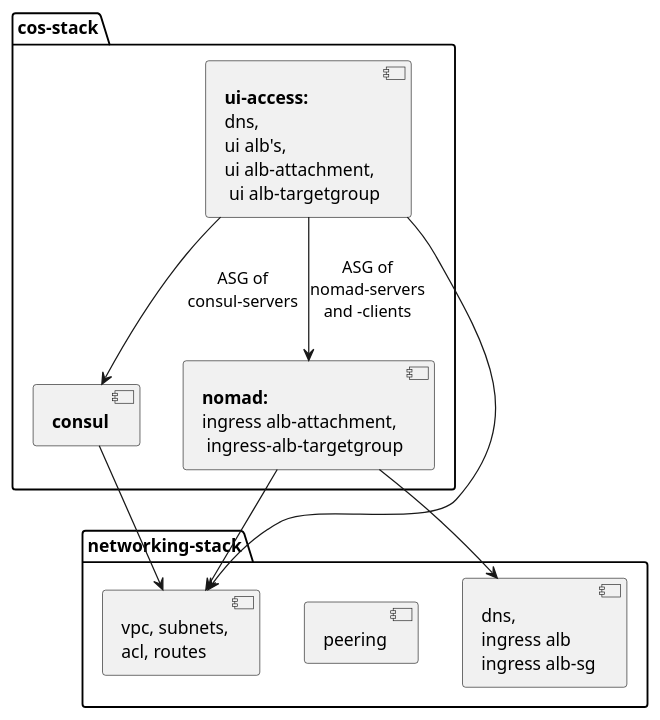
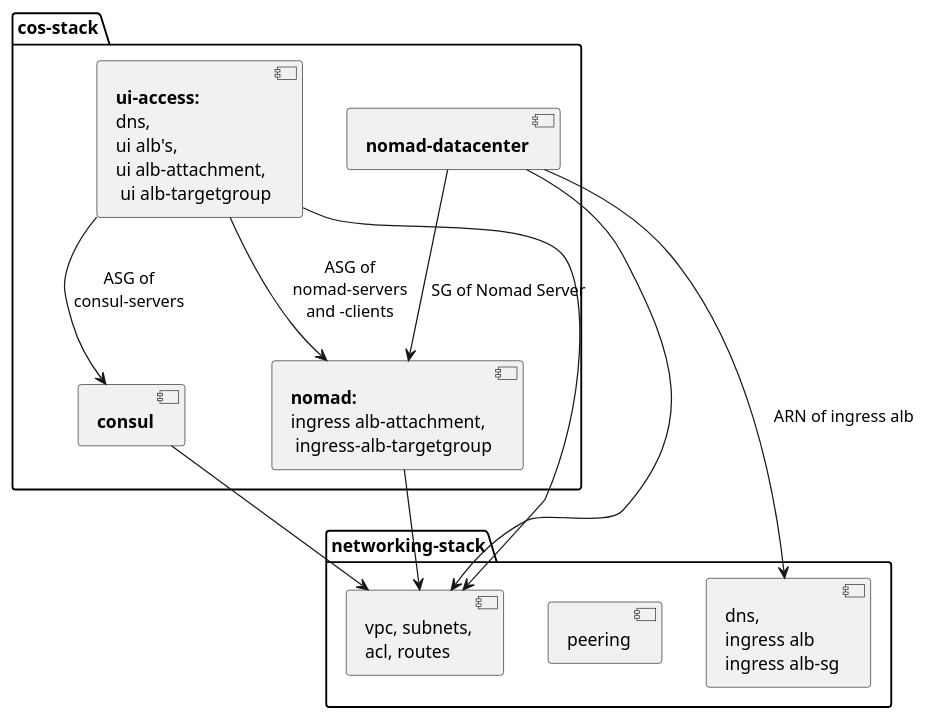
Before and after one commit to MatthiasScholz/cos: the diagram in _docs/module-dependencies.plantuml, drawn with PlantUML. The commit also changed 1 other file, not shown here.

```diff
--- a/_docs/module-dependencies.plantuml
+++ b/_docs/module-dependencies.plantuml
@@ -1,22 +1,25 @@
 @startuml
 
 package "networking-stack"{
   [vpc, subnets,\nacl, routes] as BNW
   [peering]
   [dns,\ningress alb\ningress alb-sg] as INGR
 }
 
 package "cos-stack"{
   [**consul**] as CS
   [**ui-access:**\ndns,\nui alb's,\nui alb-attachment,\n ui alb-targetgroup] as UI
   [**nomad:**\ningress alb-attachment,\n ingress-alb-targetgroup] as NM
+  [**nomad-datacenter**] as DC
 }
 
 NM --> BNW
-NM --> INGR
 CS --> BNW
 UI --> BNW
 UI --> NM: ASG of\nnomad-servers\nand -clients
 UI --> CS: ASG of\nconsul-servers
+DC --> NM: SG of Nomad Server
+DC --> BNW
+DC --> INGR: ARN of ingress alb
 
 @enduml
```
